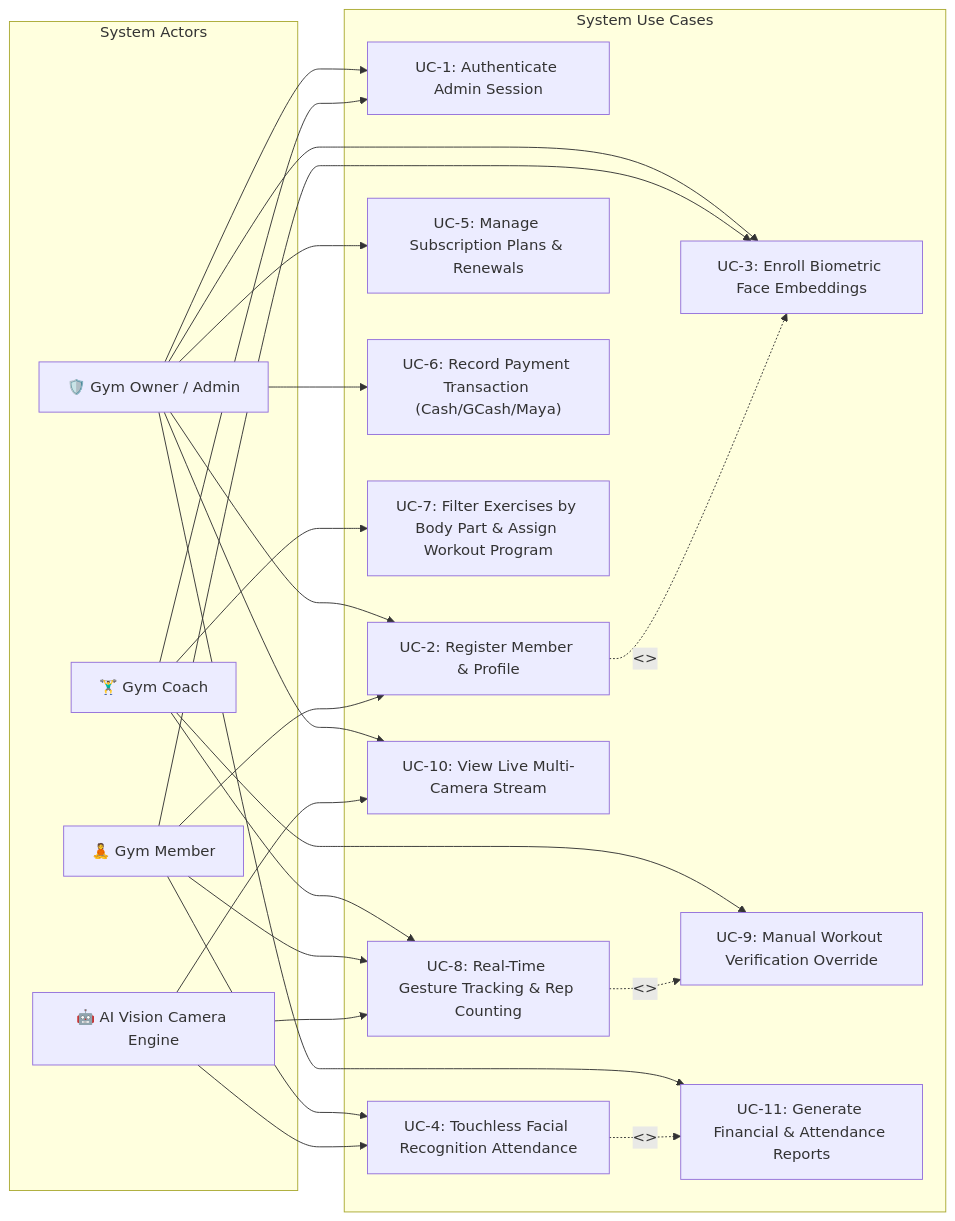
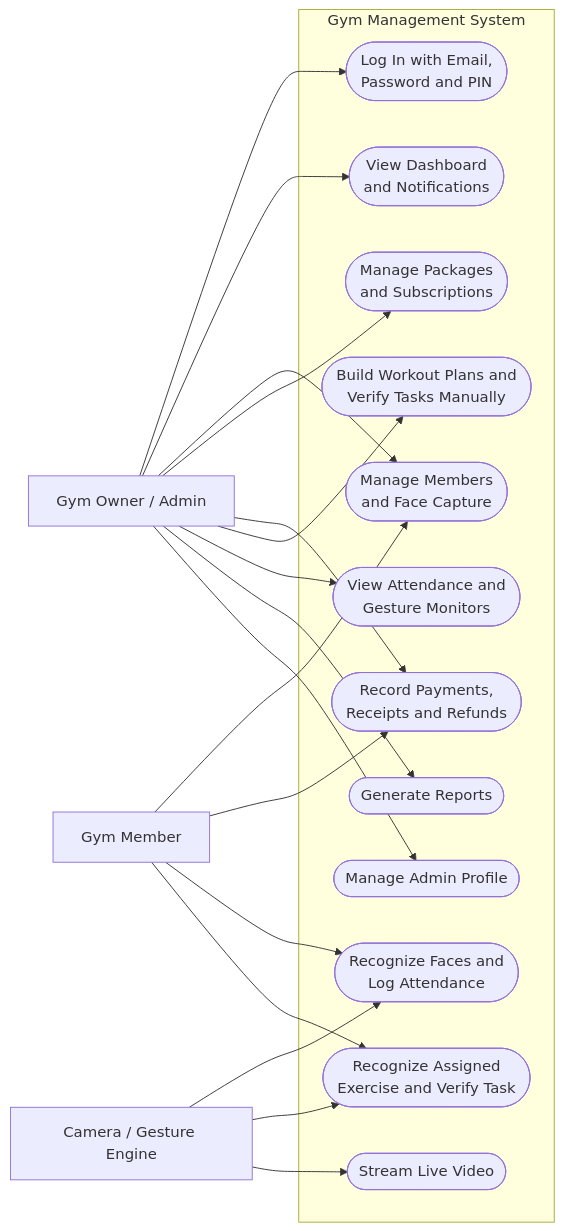
Before and after one commit to Plonteras191/GYM2-CAPSTONE: the fourth of 7 diagrams in DOCUMENTATION/Product Requirements Documents/System diagrams/System Diagrams.md, drawn with Mermaid. The commit also changed other lines of this file and 10 other files, not shown here.

First line of the commit message:
Update outdated diagrams in the documentation to match the system

````diff
--- a/DOCUMENTATION/Product Requirements Documents/System diagrams/System Diagrams.md
+++ b/DOCUMENTATION/Product Requirements Documents/System diagrams/System Diagrams.md
@@ -170,54 +207,40 @@
 ```mermaid
 flowchart LR
-    subgraph Actors ["System Actors"]
-        ADMIN["🛡️ Gym Owner / Admin"]
-        COACH["🏋️‍♂️ Gym Coach"]
-        MEMBER["🧘 Gym Member"]
-        AI_CAM["🤖 AI Vision Camera Engine"]
+    Admin["Gym Owner / Admin"]
+    Camera["Camera / Gesture Engine"]
+    Member["Gym Member"]
+
+    subgraph Boundary ["Gym Management System"]
+        UC1(["Log In with Email,<br/>Password and PIN"])
+        UC2(["View Dashboard<br/>and Notifications"])
+        UC3(["Manage Members<br/>and Face Capture"])
+        UC4(["Manage Packages<br/>and Subscriptions"])
+        UC5(["Record Payments,<br/>Receipts and Refunds"])
+        UC6(["Build Workout Plans and<br/>Verify Tasks Manually"])
+        UC7(["View Attendance and<br/>Gesture Monitors"])
+        UC8(["Generate Reports"])
+        UC9(["Manage Admin Profile"])
+        UC10(["Recognize Faces and<br/>Log Attendance"])
+        UC11(["Recognize Assigned<br/>Exercise and Verify Task"])
+        UC12(["Stream Live Video"])
     end
 
-    subgraph Use_Cases ["System Use Cases"]
-        UC1["UC-1: Authenticate Admin Session"]
-        UC2["UC-2: Register Member & Profile"]
-        UC3["UC-3: Enroll Biometric Face Embeddings"]
-        UC4["UC-4: Touchless Facial Recognition Attendance"]
-        UC5["UC-5: Manage Subscription Plans & Renewals"]
-        UC6["UC-6: Record Payment Transaction (Cash/GCash/Maya)"]
-        UC7["UC-7: Filter Exercises by Body Part & Assign Workout Program"]
-        UC8["UC-8: Real-Time Gesture Tracking & Rep Counting"]
-        UC9["UC-9: Manual Workout Verification Override"]
-        UC10["UC-10: View Live Multi-Camera Stream"]
-        UC11["UC-11: Generate Financial & Attendance Reports"]
-    end
+    Admin --> UC1
+    Admin --> UC2
+    Admin --> UC3
+    Admin --> UC4
+    Admin --> UC5
+    Admin --> UC6
+    Admin --> UC7
+    Admin --> UC8
+    Admin --> UC9
 
-    %% Admin Interactions
-    ADMIN --> UC1
-    ADMIN --> UC2
-    ADMIN --> UC3
-    ADMIN --> UC5
-    ADMIN --> UC6
-    ADMIN --> UC10
-    ADMIN --> UC11
+    Camera --> UC10
+    Camera --> UC11
+    Camera --> UC12
 
-    %% Coach Interactions
-    COACH --> UC1
-    COACH --> UC7
-    COACH --> UC8
-    COACH --> UC9
-
-    %% Member Interactions
-    MEMBER --> UC2
-    MEMBER --> UC3
-    MEMBER --> UC4
-    MEMBER --> UC8
-
-    %% AI Camera System Interactions
-    AI_CAM --> UC4
-    AI_CAM --> UC8
-    AI_CAM --> UC10
-
-    %% Use Case Relationships
-    UC2 -.->|<<include>>| UC3
-    UC4 -.->|<<extend>>| UC11
-    UC8 -.->|<<extend>>| UC9
+    Member --> UC3
+    Member --> UC5
+    Member --> UC10
+    Member --> UC11
 ```
````
